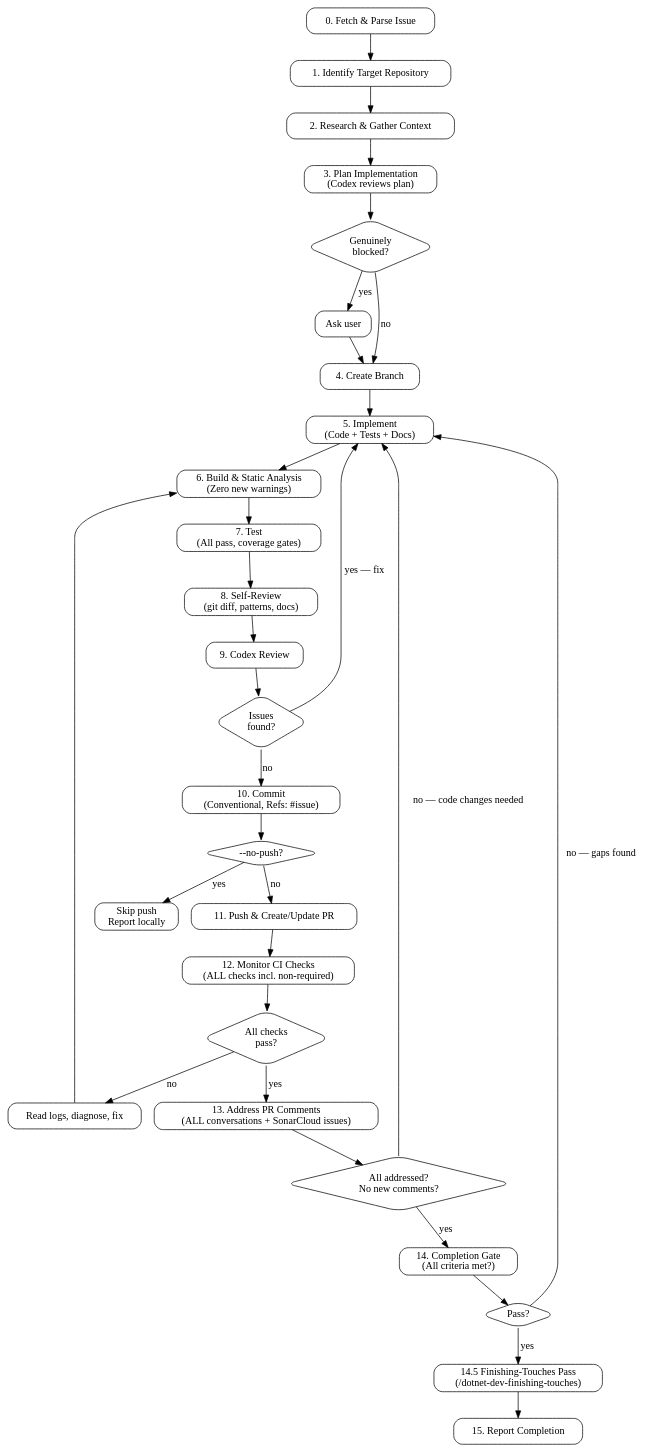
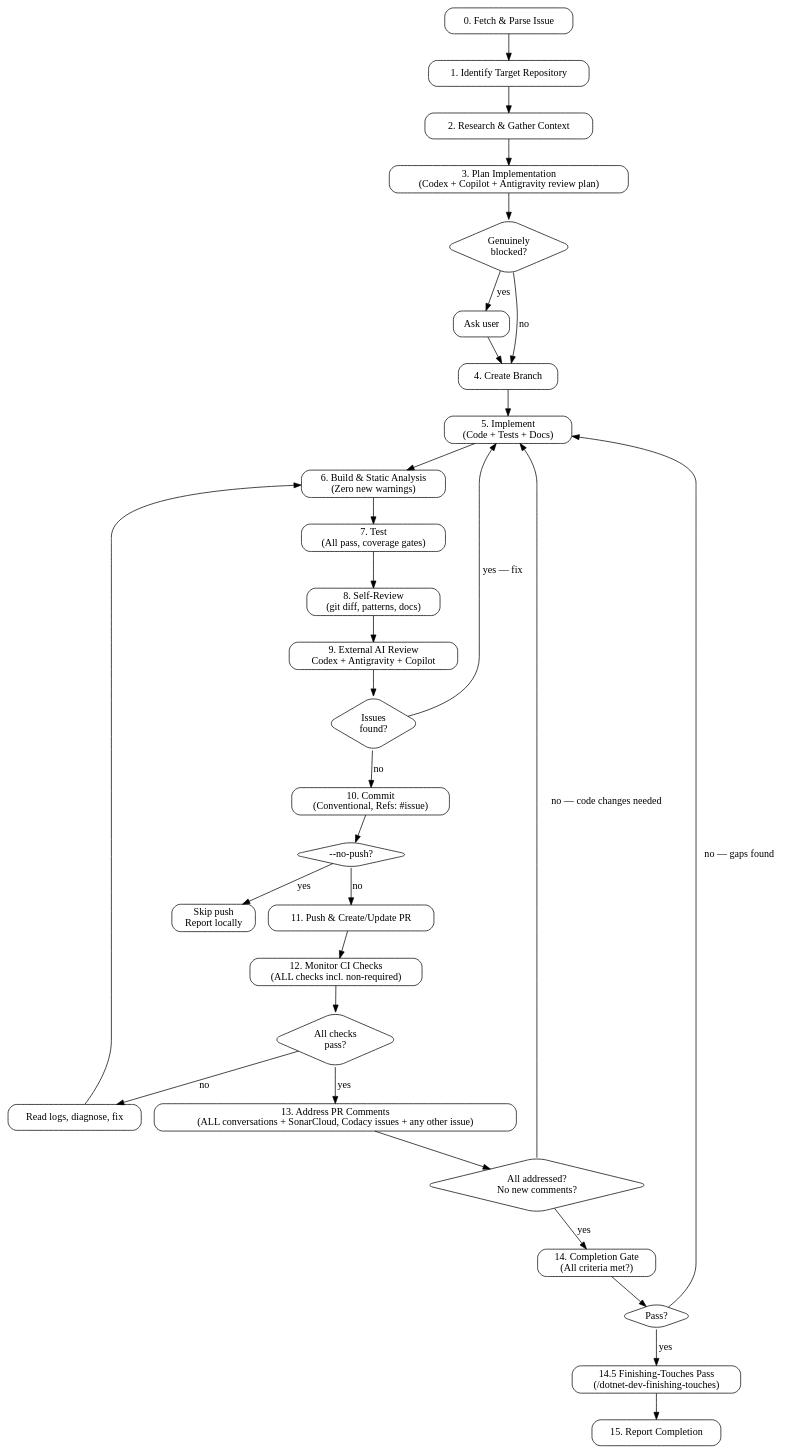
One commit to mrploch/ploch-commandline changed the diagram in .agents/implement-issue/SKILL.md. Above: the diagram before and after it, drawn with Graphviz. The commit also changed other lines of this file and 9 other files, not shown here.

````diff
--- a/.agents/implement-issue/SKILL.md
+++ b/.agents/implement-issue/SKILL.md
@@ -44,55 +58,55 @@
 ```dot
 digraph implement_issue {
     rankdir=TB;
     node [shape=box, style="rounded"];
 
     fetch [label="0. Fetch & Parse Issue"];
     repo [label="1. Identify Target Repository"];
     research [label="2. Research & Gather Context"];
-    plan [label="3. Plan Implementation\n(Codex reviews plan)"];
+    plan [label="3. Plan Implementation\n(Codex + Copilot + Antigravity review plan)"];
     blocked [shape=diamond, label="Genuinely\nblocked?"];
     ask [label="Ask user"];
     branch [label="4. Create Branch"];
     implement [label="5. Implement\n(Code + Tests + Docs)"];
     build [label="6. Build & Static Analysis\n(Zero new warnings)"];
     test [label="7. Test\n(All pass, coverage gates)"];
     review [label="8. Self-Review\n(git diff, patterns, docs)"];
-    codex [label="9. Codex Review"];
+    codex [label="9. External AI Review\nCodex + Antigravity + Copilot"];
     issues [shape=diamond, label="Issues\nfound?"];
     commit [label="10. Commit\n(Conventional, Refs: #issue)"];
     push_check [shape=diamond, label="--no-push?"];
     push [label="11. Push & Create/Update PR"];
     monitor [label="12. Monitor CI Checks\n(ALL checks incl. non-required)"];
     ci_ok [shape=diamond, label="All checks\npass?"];
     fix_ci [label="Read logs, diagnose, fix"];
-    comments [label="13. Address PR Comments\n(ALL conversations + SonarCloud issues)"];
+    comments [label="13. Address PR Comments\n(ALL conversations + SonarCloud, Codacy issues + any other issue)"];
     comments_ok [shape=diamond, label="All addressed?\nNo new comments?"];
     gate [label="14. Completion Gate\n(All criteria met?)"];
     gate_ok [shape=diamond, label="Pass?"];
     finishing [label="14.5 Finishing-Touches Pass\n(/dotnet-dev-finishing-touches)"];
     report [label="15. Report Completion"];
     skip_push [label="Skip push\nReport locally"];
 
     fetch -> repo -> research -> plan -> blocked;
     blocked -> ask [label="yes"];
     blocked -> branch [label="no"];
     ask -> branch;
     branch -> implement -> build -> test -> review -> codex -> issues;
     issues -> implement [label="yes — fix"];
     issues -> commit [label="no"];
     commit -> push_check;
     push_check -> push [label="no"];
     push_check -> skip_push [label="yes"];
     push -> monitor -> ci_ok;
     ci_ok -> comments [label="yes"];
     ci_ok -> fix_ci [label="no"];
     fix_ci -> build;
     comments -> comments_ok;
     comments_ok -> gate [label="yes"];
     comments_ok -> implement [label="no — code changes needed"];
     gate -> gate_ok;
     gate_ok -> finishing [label="yes"];
     gate_ok -> implement [label="no — gaps found"];
     finishing -> report;
 }
 ```
````
